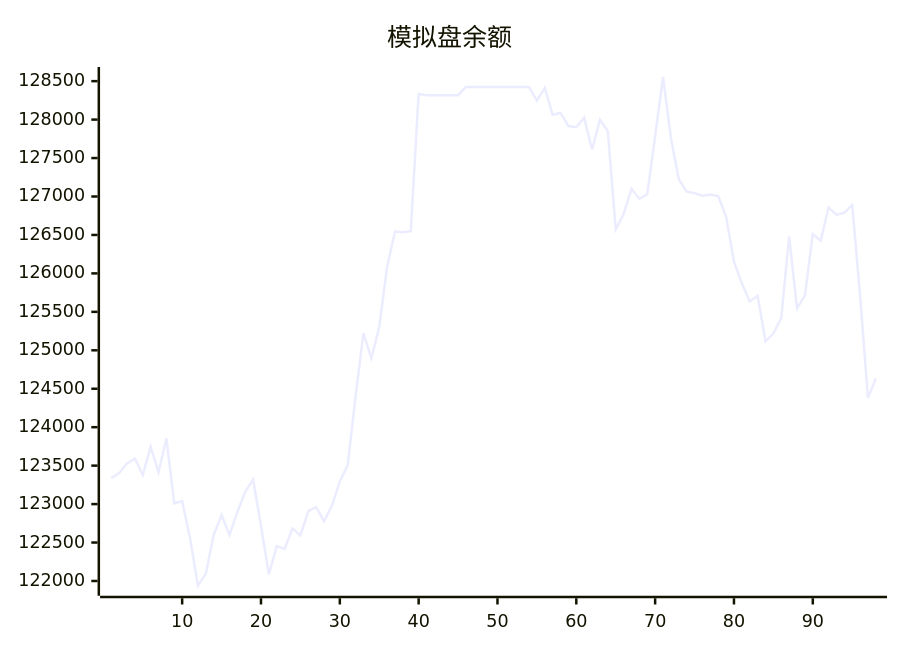
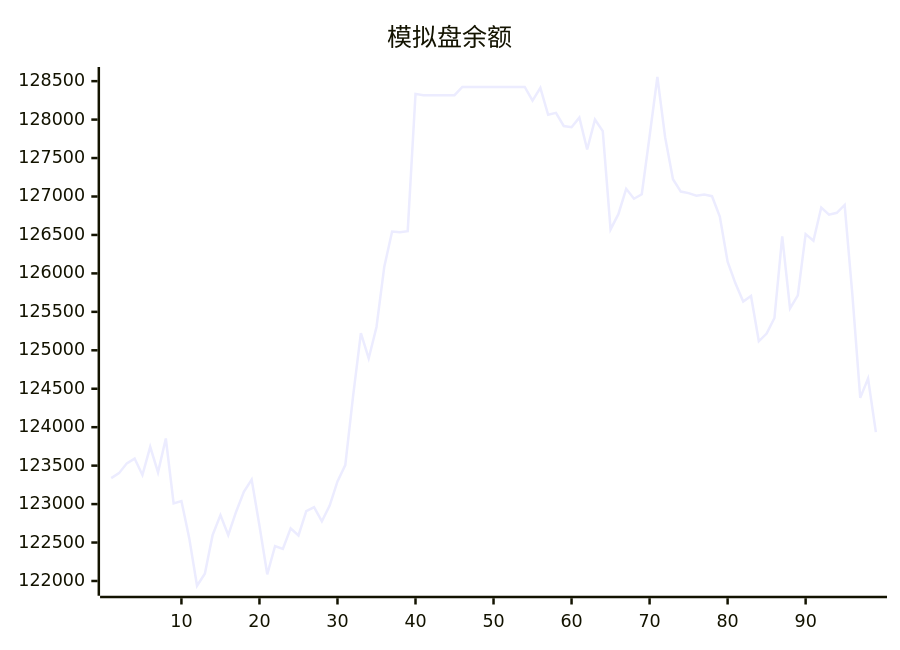
The diagram in README.md (aahl/ai-trading), drawn with Mermaid before and after one commit. The commit also changed other lines of this file and 1 other file, not shown here.

````diff
--- a/README.md
+++ b/README.md
@@ -5,5 +5,5 @@
 ```mermaid
 xychart
     title "模拟盘余额"
-    line [123338,123402,123530,123592,123378,123745,123413,123853,123009,123040,122557,121938,122095,122599,122856,122597,122898,123160,123319,122719,122087,122454,122416,122685,122592,122907,122961,122776,122981,123295,123507,124403,125224,124894,125303,126088,126544,126534,126549,128335,128318,128318,128318,128318,128318,128424,128424,128424,128424,128424,128424,128424,128424,128424,128247,128412,128062,128087,127917,127901,128026,127611,128000,127850,126572,126770,127100,126971,127029,127783,128554,127765,127224,127064,127044,127009,127025,127004,126738,126152,125871,125635,125707,125117,125217,125420,126480,125545,125715,126511,126424,126856,126764,126788,126890,125710,124381,124632]
+    line [123338,123402,123530,123592,123378,123745,123413,123853,123009,123040,122557,121938,122095,122599,122856,122597,122898,123160,123319,122719,122087,122454,122416,122685,122592,122907,122961,122776,122981,123295,123507,124403,125224,124894,125303,126088,126544,126534,126549,128335,128318,128318,128318,128318,128318,128424,128424,128424,128424,128424,128424,128424,128424,128424,128247,128412,128062,128087,127917,127901,128026,127611,128000,127850,126572,126770,127100,126971,127029,127783,128554,127765,127224,127064,127044,127009,127025,127004,126738,126152,125871,125635,125707,125117,125217,125420,126480,125545,125715,126511,126424,126856,126764,126788,126890,125710,124381,124632,123936]
 ```
````
